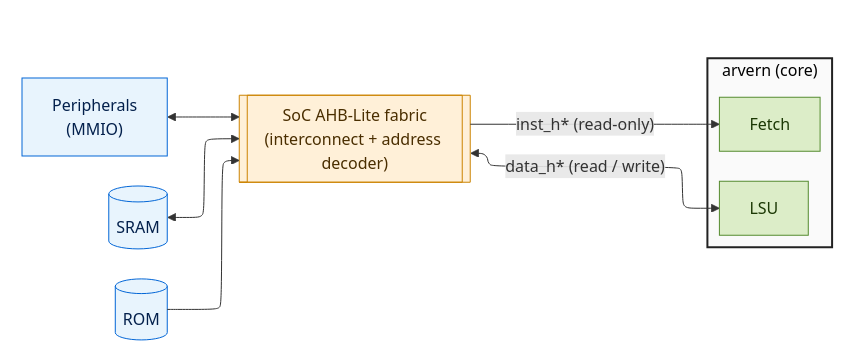
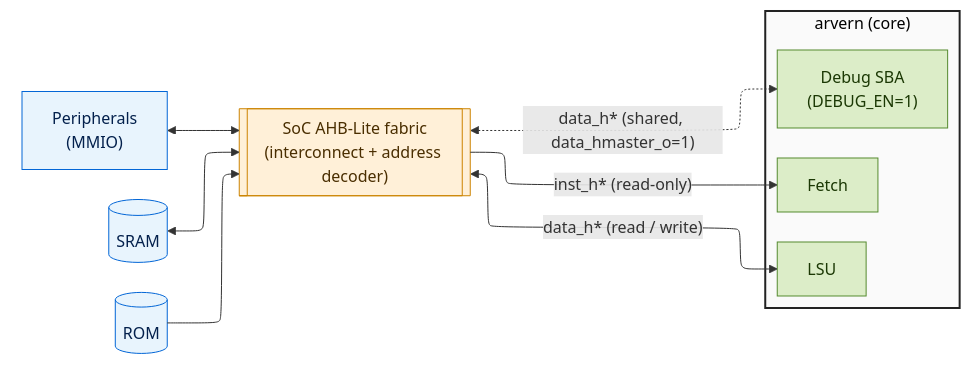
Before and after one commit to Arvern-Silicon/arvern: the diagram in doc/memory_and_ahb.md, drawn with Mermaid. The commit also changed other lines of this file and 806 other files, not shown here.

````diff
--- a/doc/memory_and_ahb.md
+++ b/doc/memory_and_ahb.md
@@ -39,41 +38,43 @@
 ```mermaid
 %%{init: {"flowchart": {"defaultRenderer": "elk"}}}%%
 flowchart LR
     %% Slaves on the left, stacked vertically
     subgraph Slaves[" "]
       direction TB
       ROM[(ROM)]
       SRAM[(SRAM)]
       Periph["Peripherals<br/>(MMIO)"]
     end
 
     %% Shared SoC interconnect in the middle
     Fabric[["SoC AHB-Lite fabric<br/>(interconnect + address decoder)"]]
 
     %% Core boundary on the right; direction TB keeps Fetch above LSU
     subgraph aRVern["arvern (core)"]
       direction TB
       Fetch
       LSU
+      SBA["Debug SBA<br/>(DEBUG_EN=1)"]
     end
 
     %% Slave-side edges (declare with the slave first so ELK puts it on the left)
     ROM     --> Fabric
     SRAM   <--> Fabric
     Periph <--> Fabric
 
     %% Core-side edges (declare with Fabric first so ELK puts the core on the right)
     Fabric -->|"inst_h* (read-only)"| Fetch
     Fabric <-->|"data_h* (read / write)"| LSU
+    Fabric <-.->|"data_h* (shared, data_hmaster_o=1)"| SBA
 
     classDef stage  fill:#dcedc8,stroke:#558b2f,stroke-width:1px,color:#1b3804;
     classDef fabric fill:#fff0d8,stroke:#cc8400,stroke-width:1px,color:#4a2e00;
     classDef slave  fill:#e8f4fd,stroke:#0366d6,stroke-width:1px,color:#03204c;
 
-    class LSU,Fetch stage;
+    class LSU,Fetch,SBA stage;
     class Fabric fabric;
     class ROM,SRAM,Periph slave;
 
     style aRVern fill:#fafafa,stroke:#222,stroke-width:2px,color:#000;
     style Slaves fill:none,stroke:none;
 ```
````
